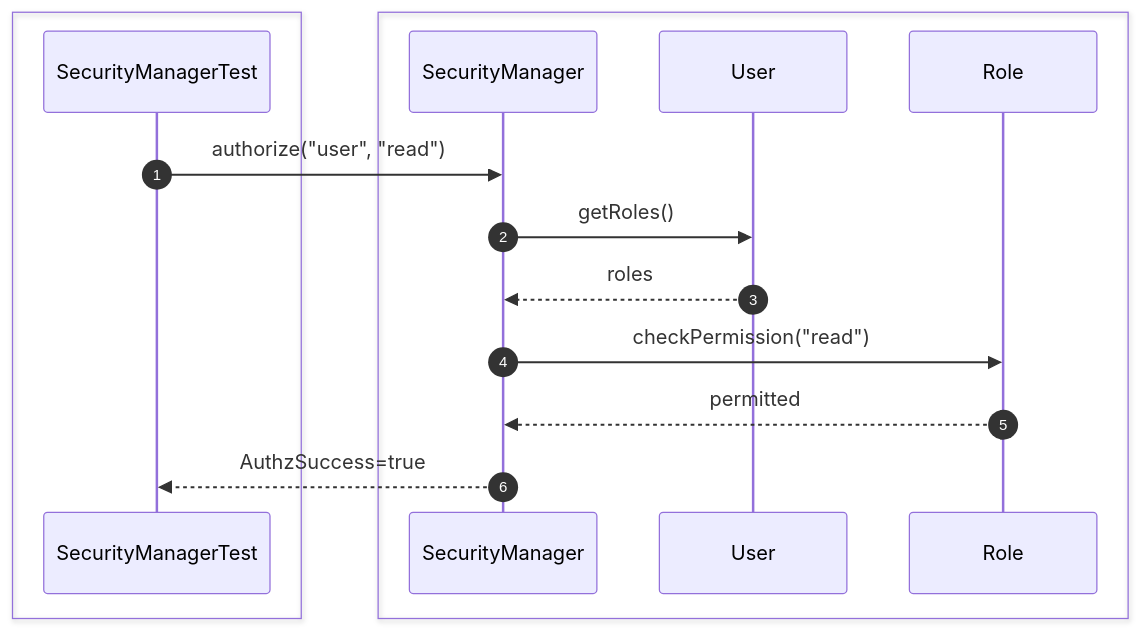
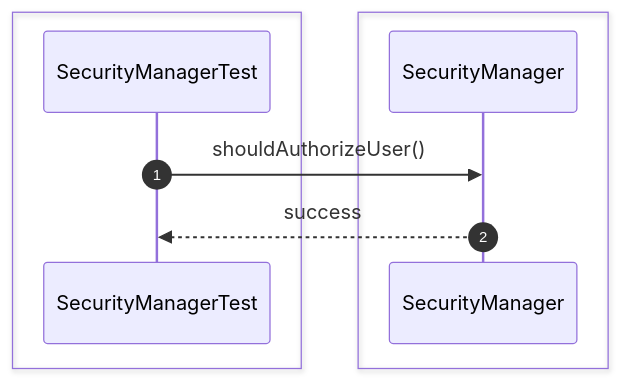
The second of 35 diagrams in src/sequence/security.md (Huy1801214/dbms-architecture), drawn with Mermaid before and after one commit. The commit also changed other lines of this file and 68 other files, not shown here.

Commit message:
implement comprehensive unit test suite and architectural sequence documentation

````diff
--- a/src/sequence/security.md
+++ b/src/sequence/security.md
@@ -25,20 +21,13 @@
 ```mermaid
 sequenceDiagram
     autonumber
-
     box #e1f5fe Test Suite
     participant Test as SecurityManagerTest
     end
-    box #e3f2fd Security Components
-    participant Security as SecurityManager
-    participant User as User
-    participant Role as Role
+    box #e3f2fd SecurityManager Component
+    participant SM as SecurityManager
     end
 
-    Test->>Security: authorize("user", "read")
-    Security->>User: getRoles()
-    User-->>Security: roles
-    Security->>Role: checkPermission("read")
-    Role-->>Security: permitted
-    Security-->>Test: AuthzSuccess=true
+    Test->>SM: shouldAuthorizeUser()
+    SM-->>Test: success
 ```
````
